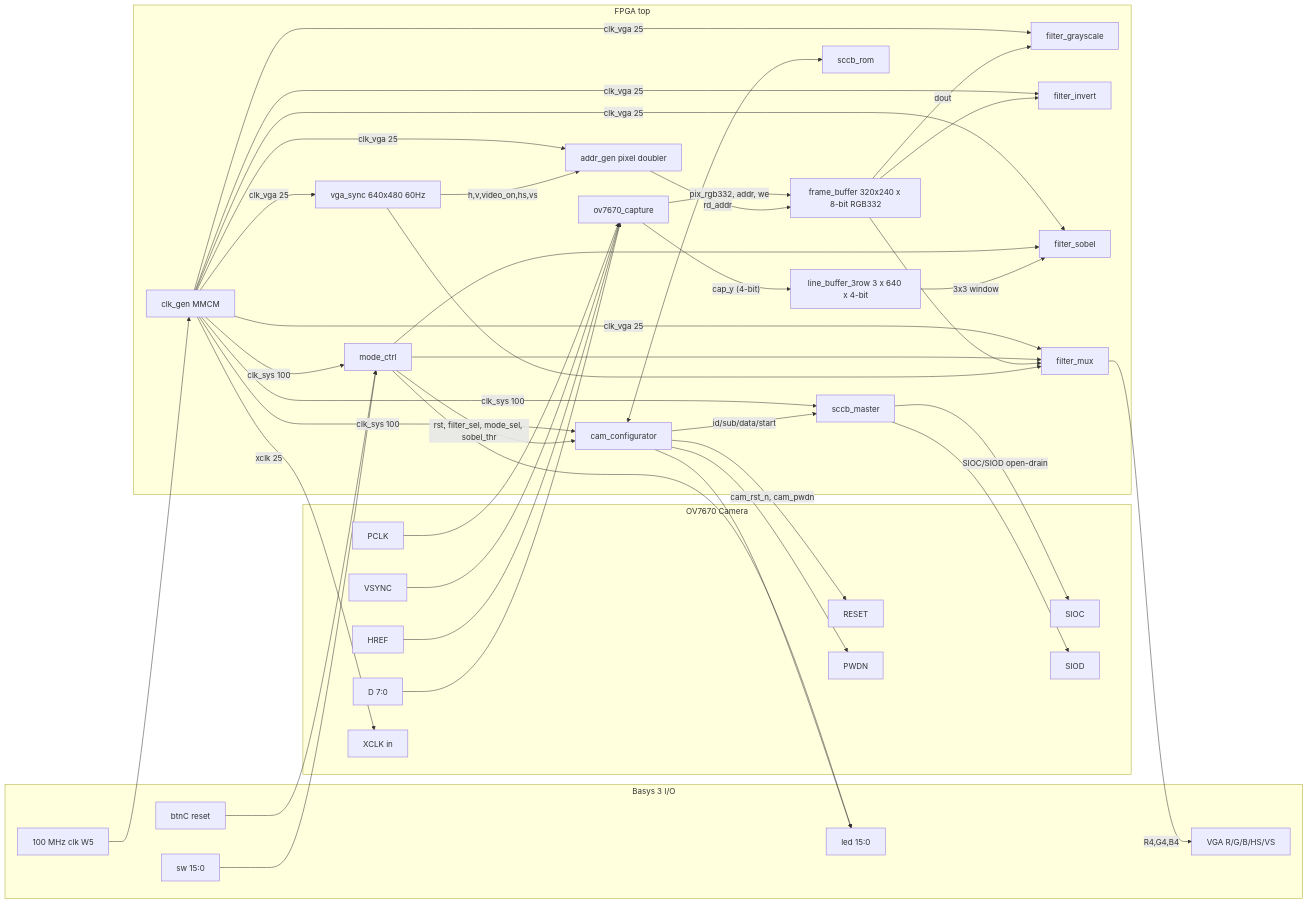
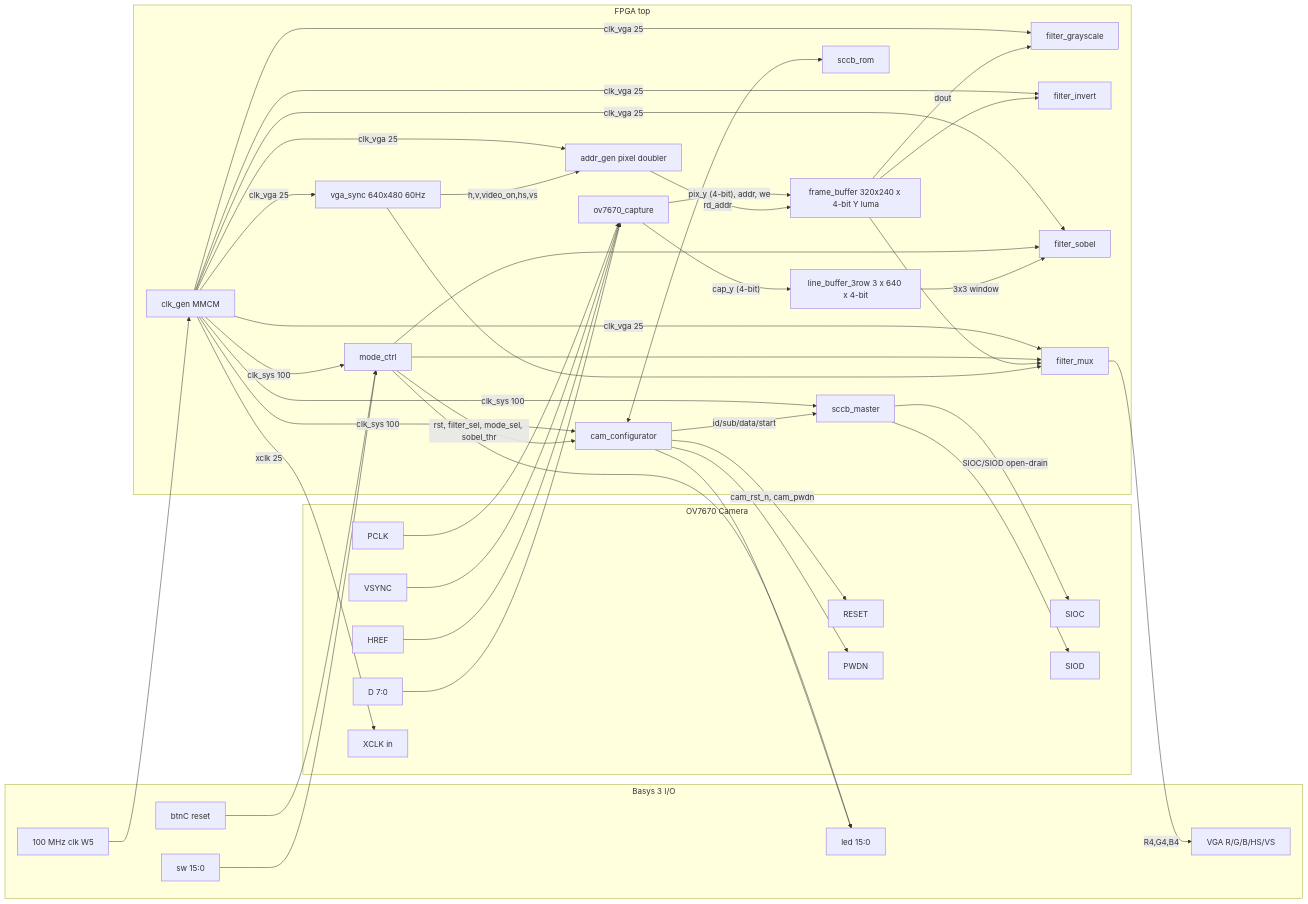
Before and after one commit to NatSilprasert/final-hardware-lab: the diagram in doc/block_diagram.md, drawn with Mermaid. The commit also changed 6 other files, not shown here.

```diff
--- a/doc/block_diagram.md
+++ b/doc/block_diagram.md
@@ -29,7 +29,7 @@
         SCCB[sccb_master]
         ROM[sccb_rom]
         Cap[ov7670_capture]
-        FB[frame_buffer 320x240 x 8-bit RGB332]
+        FB[frame_buffer 320x240 x 4-bit Y luma]
         LB[line_buffer_3row 3 x 640 x 4-bit]
         VGASync[vga_sync 640x480 60Hz]
         AddrGen[addr_gen pixel doubler]
@@ -69,7 +69,7 @@
     CamHREF --> Cap
     CamD --> Cap
 
-    Cap -- "pix_rgb332, addr, we" --> FB
+    Cap -- "pix_y (4-bit), addr, we" --> FB
     Cap -- "cap_y (4-bit)" --> LB
     LB -- "3x3 window" --> Sobel
     FB -- "dout" --> Gray
```
